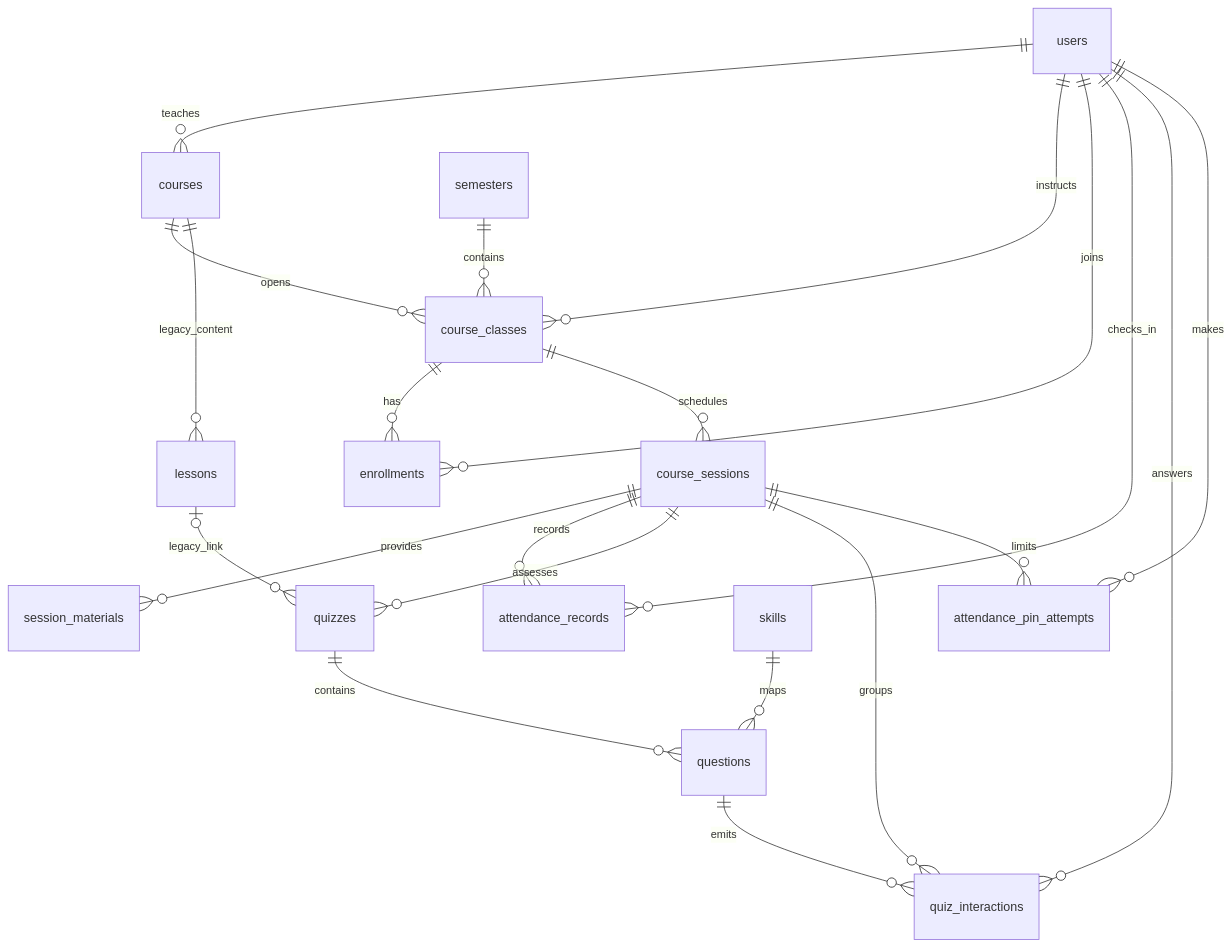
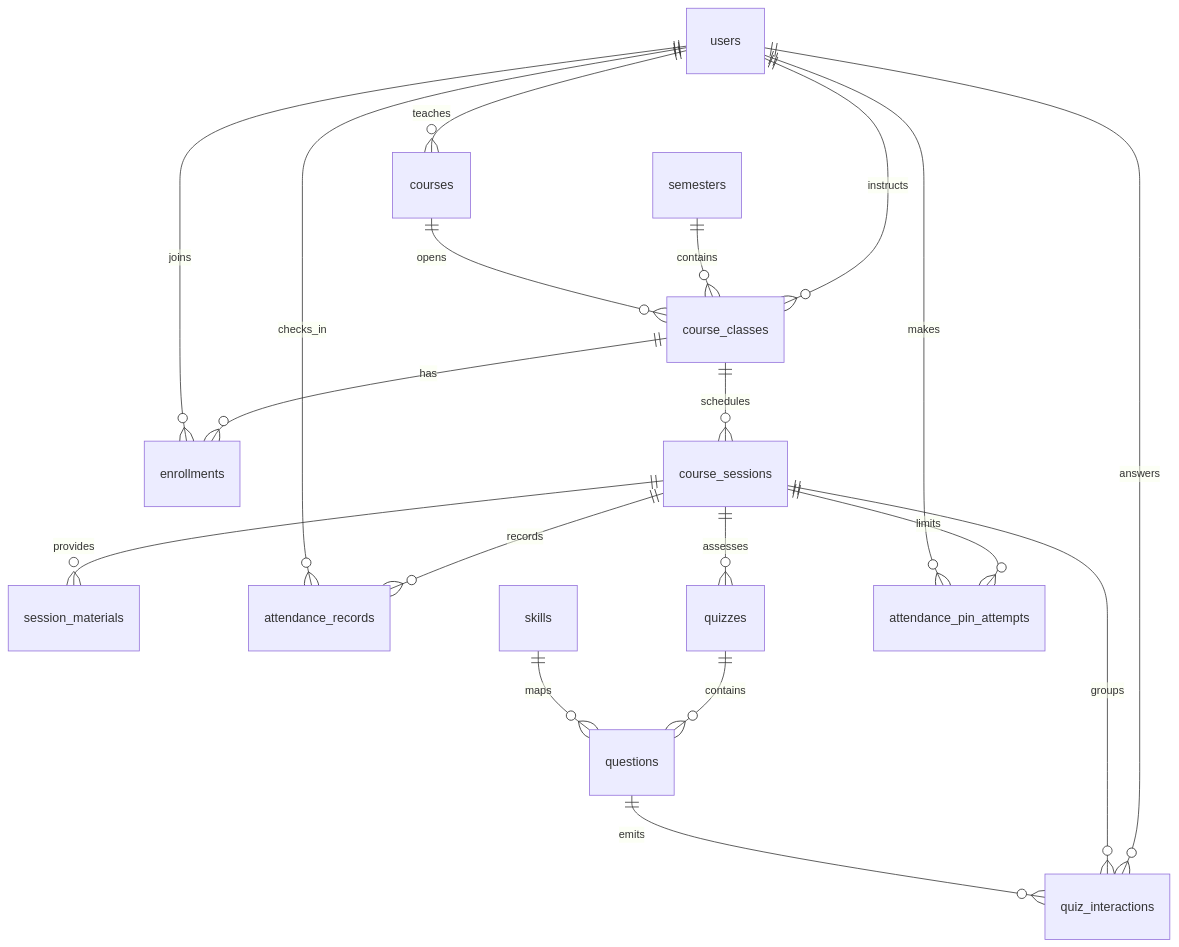
One commit to sangngng/elearning-ai-knowledge-tracing changed the diagram in docs/database/DATABASE_DICTIONARY.md. Above: the diagram before and after it, drawn with Mermaid. The commit also changed other lines of this file and 27 other files, not shown here.

First line of the commit message:
chore: tidy backend, schema and docs; add roadmap, task board and contributing guide

````diff
--- a/docs/database/DATABASE_DICTIONARY.md
+++ b/docs/database/DATABASE_DICTIONARY.md
@@ -7,23 +7,21 @@
 ```mermaid
 erDiagram
   users ||--o{ courses : teaches
   users ||--o{ course_classes : instructs
   semesters ||--o{ course_classes : contains
   courses ||--o{ course_classes : opens
   course_classes ||--o{ enrollments : has
   users ||--o{ enrollments : joins
   course_classes ||--o{ course_sessions : schedules
   course_sessions ||--o{ session_materials : provides
   course_sessions ||--o{ attendance_records : records
   users ||--o{ attendance_records : checks_in
   course_sessions ||--o{ quizzes : assesses
   quizzes ||--o{ questions : contains
   skills ||--o{ questions : maps
   users ||--o{ quiz_interactions : answers
   course_sessions ||--o{ quiz_interactions : groups
   questions ||--o{ quiz_interactions : emits
   course_sessions ||--o{ attendance_pin_attempts : limits
   users ||--o{ attendance_pin_attempts : makes
-  courses ||--o{ lessons : legacy_content
-  lessons o|--o{ quizzes : legacy_link
 ```
````
